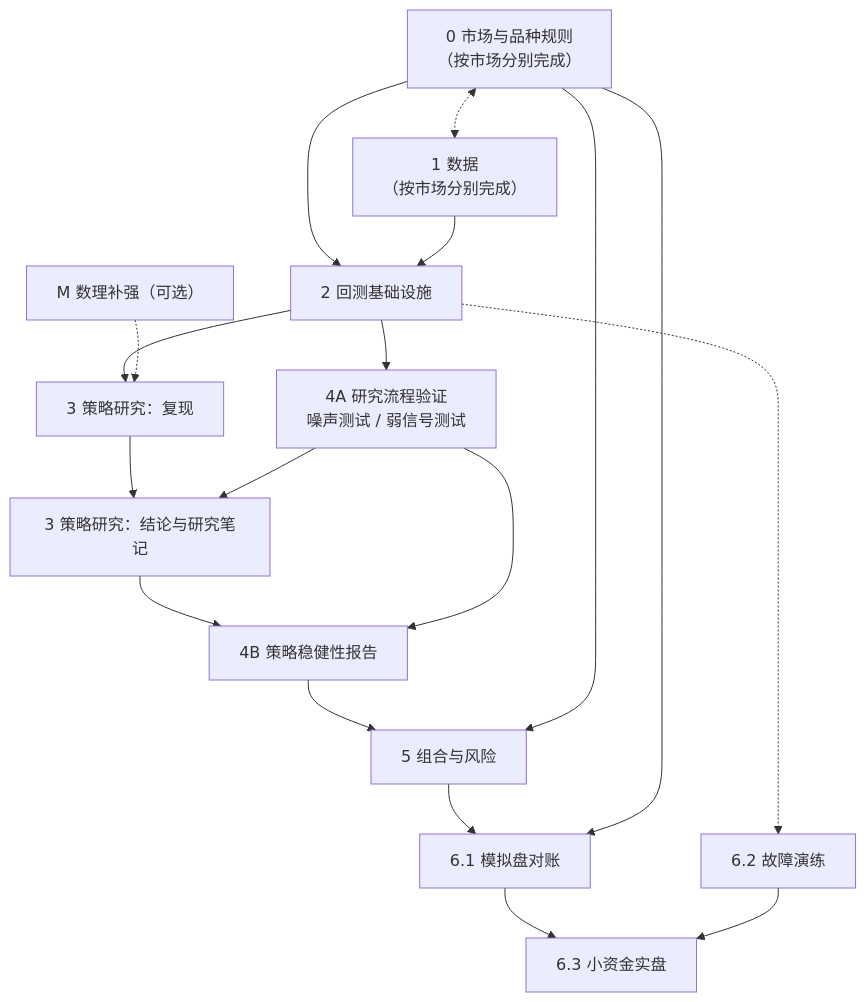
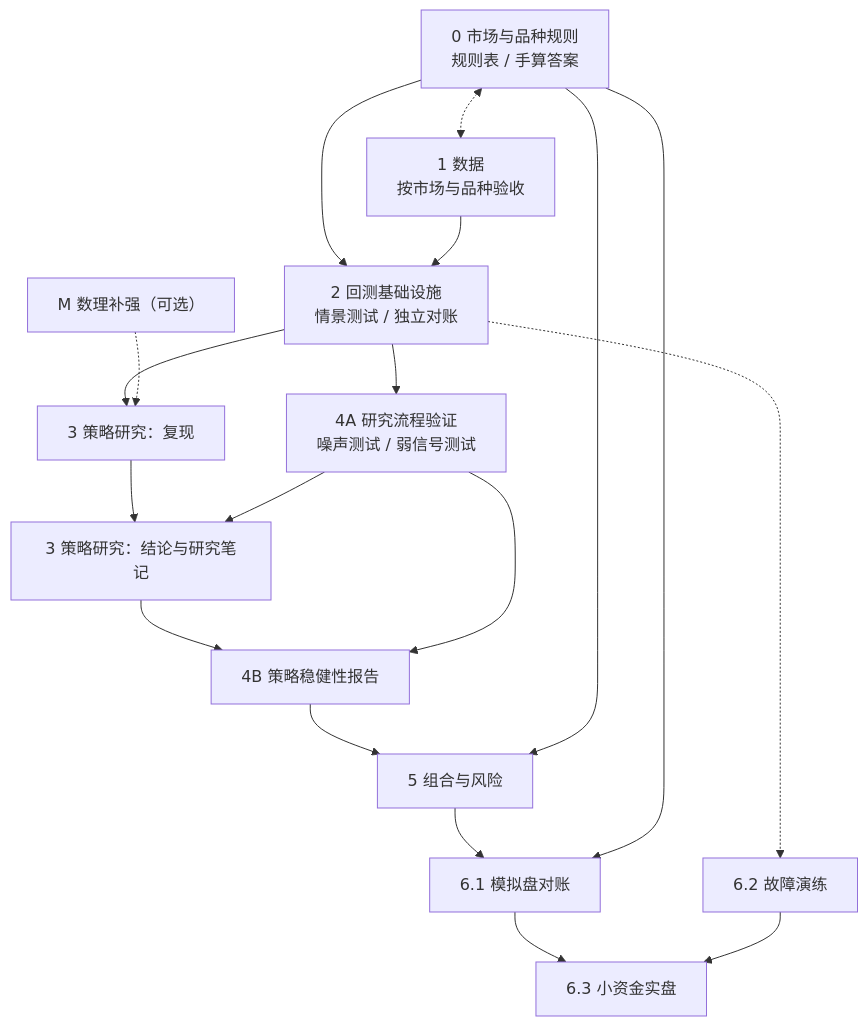
One commit to guevara12345/quant changed the diagram in docs/learning-roadmap.md. Above: the diagram before and after it, drawn with Mermaid. The commit also changed other lines of this file, not shown here.

First line of the commit message:
docs(roadmap): 改写各阶段验收任务为可预先约定、可独立重算的口径

````diff
--- a/docs/learning-roadmap.md
+++ b/docs/learning-roadmap.md
@@ -48,33 +48,33 @@
 ```mermaid
 flowchart TD
-    S0["0 市场与品种规则<br/>（按市场分别完成）"]
-    S1["1 数据<br/>（按市场分别完成）"]
-    S2["2 回测基础设施"]
+    S0["0 市场与品种规则<br/>规则表 / 手算答案"]
+    S1["1 数据<br/>按市场与品种验收"]
+    S2["2 回测基础设施<br/>情景测试 / 独立对账"]
     S3R["3 策略研究：复现"]
     S4A["4A 研究流程验证<br/>噪声测试 / 弱信号测试"]
     S3N["3 策略研究：结论与研究笔记"]
     S4B["4B 策略稳健性报告"]
     S5["5 组合与风险"]
     S6P["6.1 模拟盘对账"]
     S6F["6.2 故障演练"]
     S6L["6.3 小资金实盘"]
     SM["M 数理补强（可选）"]
 
     S0 --> S2
     S1 --> S2
     S2 --> S3R
     S2 --> S4A
     S3R --> S3N
     S4A --> S3N
     S3N --> S4B
     S4A --> S4B
     S4B --> S5
     S0 --> S5
     S5 --> S6P
     S0 --> S6P
     S6P --> S6L
     S6F --> S6L
     S2 -.-> S6F
     SM -.-> S3R
     S0 <-.-> S1
 ```
````
